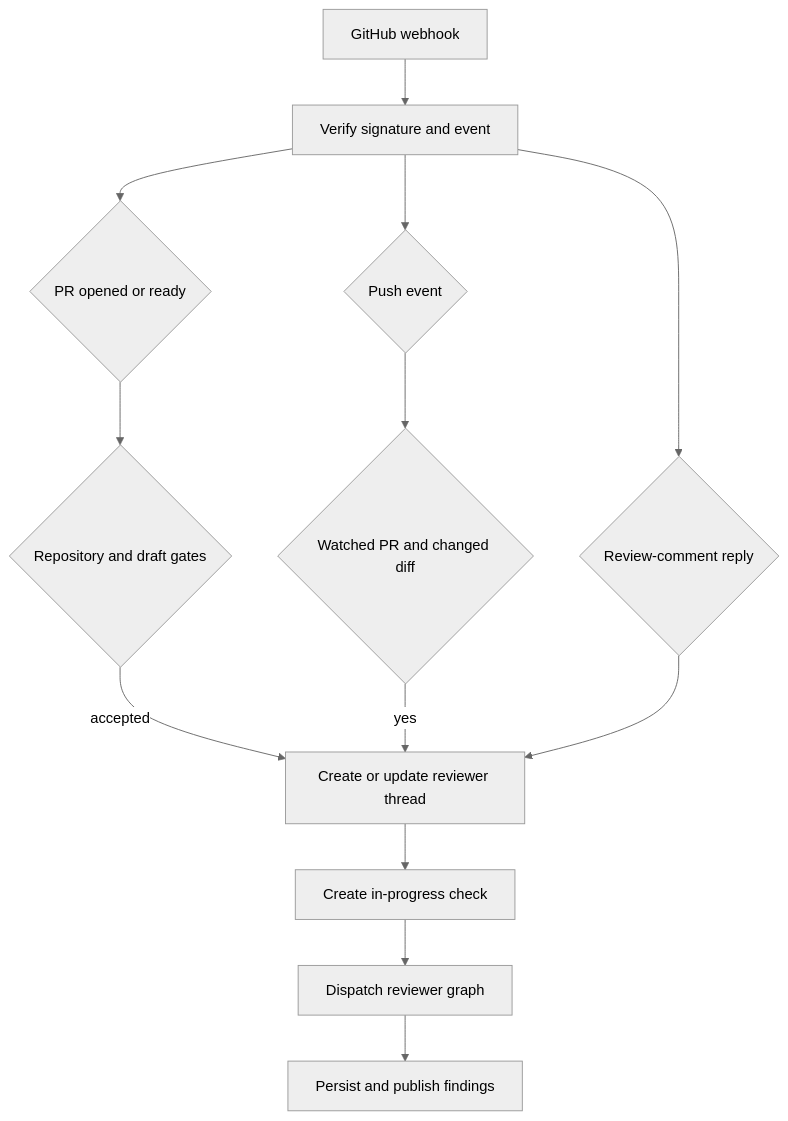
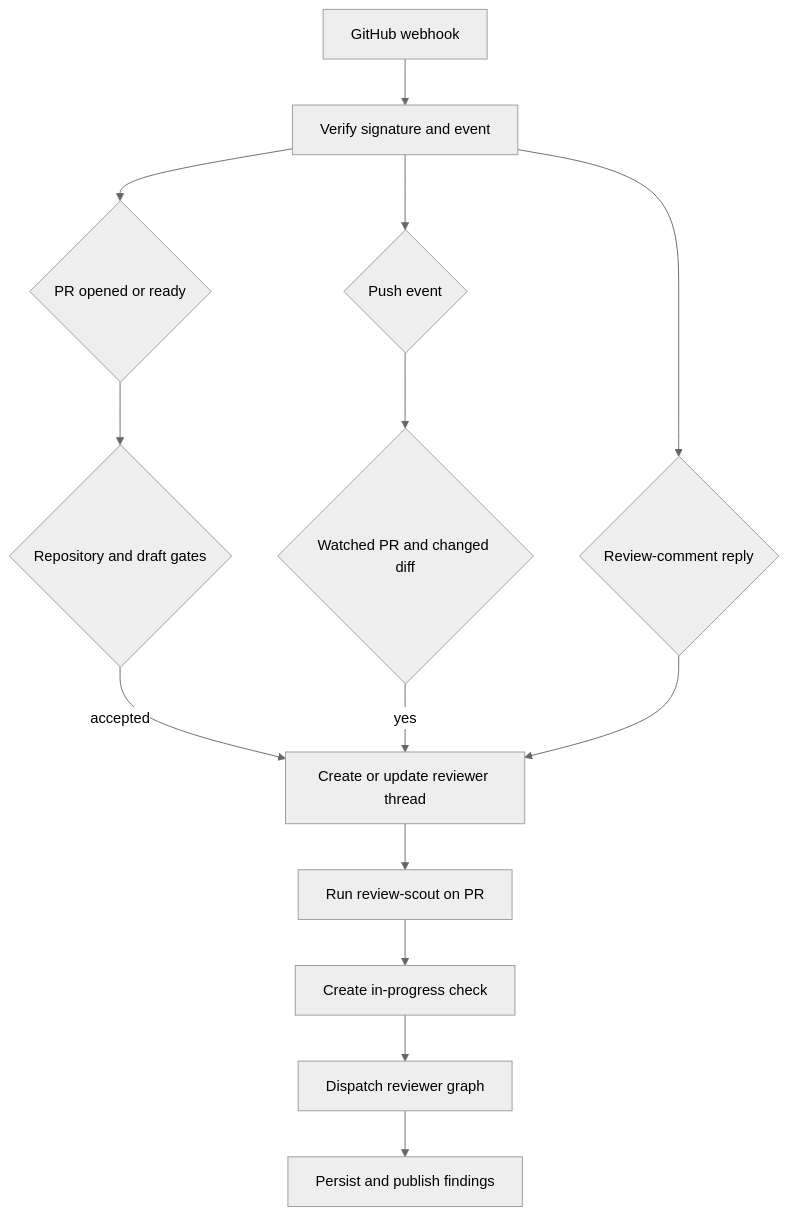
Before and after one commit to aeteq/open-swe: the first of 2 diagrams in openwiki/workflows/pr-review.md, drawn with Mermaid (neutral theme). The commit also changed other lines of this file and 49 other files, not shown here.

````diff
--- a/openwiki/workflows/pr-review.md
+++ b/openwiki/workflows/pr-review.md
@@ -62,15 +66,16 @@
 ```mermaid
 flowchart TD
   Ingress["GitHub webhook"] --> Verify["Verify signature and event"]
   Verify --> First{"PR opened or ready"}
   Verify --> Push{"Push event"}
   Verify --> Reply{"Review-comment reply"}
   First --> Gate{"Repository and draft gates"}
   Gate -->|"accepted"| Start["Create or update reviewer thread"]
   Push --> Watch{"Watched PR and changed diff"}
   Watch -->|"yes"| Start
   Reply --> Start
-  Start --> Check["Create in-progress check"]
+  Start --> Scout["Run review-scout on PR"]
+  Scout --> Check["Create in-progress check"]
   Check --> Run["Dispatch reviewer graph"]
   Run --> Publish["Persist and publish findings"]
 ```
````
